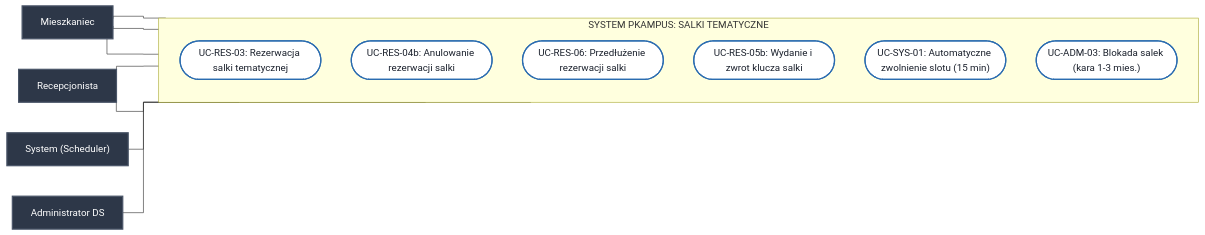
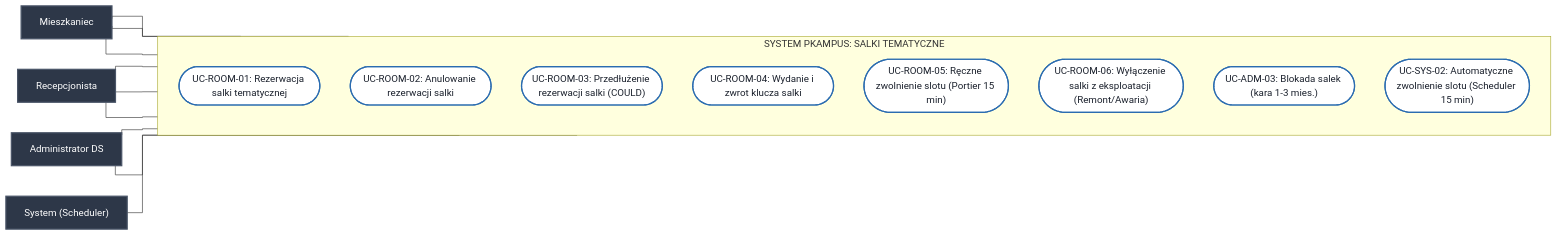
The fourth of 8 diagrams in Docs/Diagramy_Przypadkow_Uzycia.md (Buczy8/PKampus), drawn with Mermaid before and after one commit. The commit also changed other lines of this file and 4 other files, not shown here.

Commit message:
docs: update use case diagrams and database model for room booking and maintenance features

````diff
--- a/Docs/Diagramy_Przypadkow_Uzycia.md
+++ b/Docs/Diagramy_Przypadkow_Uzycia.md
@@ -145,31 +149,35 @@
 ```mermaid
 %%{init: {'flowchart': {'curve': 'stepBefore'}}}%%
 flowchart LR
     classDef actorStyle fill:#2d3748,stroke:#4a5568,stroke-width:2px,color:#fff;
     classDef ucStyle fill:#fff,stroke:#2b6cb0,stroke-width:2px,color:#1a202c;
 
     Student["Mieszkaniec"]:::actorStyle
 
     subgraph System_Rooms ["SYSTEM PKAMPUS: SALKI TEMATYCZNE"]
         direction TB
-        UC_ROOM_01(["UC-RES-03: Rezerwacja salki tematycznej"]):::ucStyle
-        UC_ROOM_02(["UC-RES-04b: Anulowanie rezerwacji salki"]):::ucStyle
-        UC_ROOM_05(["UC-RES-06: Przedłużenie rezerwacji salki"]):::ucStyle
-        UC_ROOM_03(["UC-RES-05b: Wydanie i zwrot klucza salki"]):::ucStyle
-        UC_ROOM_06(["UC-SYS-01: Automatyczne zwolnienie slotu (15 min)"]):::ucStyle
-        UC_ROOM_04(["UC-ADM-03: Blokada salek (kara 1-3 mies.)"]):::ucStyle
+        UC_ROOM_01(["UC-ROOM-01: Rezerwacja salki tematycznej"]):::ucStyle
+        UC_ROOM_02(["UC-ROOM-02: Anulowanie rezerwacji salki"]):::ucStyle
+        UC_ROOM_03(["UC-ROOM-03: Przedłużenie rezerwacji salki (COULD)"]):::ucStyle
+        UC_ROOM_04(["UC-ROOM-04: Wydanie i zwrot klucza salki"]):::ucStyle
+        UC_ROOM_05(["UC-ROOM-05: Ręczne zwolnienie slotu (Portier 15 min)"]):::ucStyle
+        UC_ROOM_06(["UC-ROOM-06: Wyłączenie salki z eksploatacji (Remont/Awaria)"]):::ucStyle
+        UC_ADM_03(["UC-ADM-03: Blokada salek (kara 1-3 mies.)"]):::ucStyle
+        UC_SYS_02(["UC-SYS-02: Automatyczne zwolnienie slotu (Scheduler 15 min)"]):::ucStyle
     end
 
     Portier["Recepcjonista"]:::actorStyle
     AdminDS["Administrator DS"]:::actorStyle
     Sys["System (Scheduler)"]:::actorStyle
 
     Student --- UC_ROOM_01
     Student --- UC_ROOM_02
-    Student --- UC_ROOM_05
+    Student --- UC_ROOM_03
 
-    Portier --- UC_ROOM_03
+    Portier --- UC_ROOM_04
+    Portier --- UC_ROOM_05
     Portier --- UC_ROOM_06
-    Sys --- UC_ROOM_06
-    AdminDS --- UC_ROOM_04
+    AdminDS --- UC_ROOM_06
+    AdminDS --- UC_ADM_03
+    Sys --- UC_SYS_02
 ```
````
